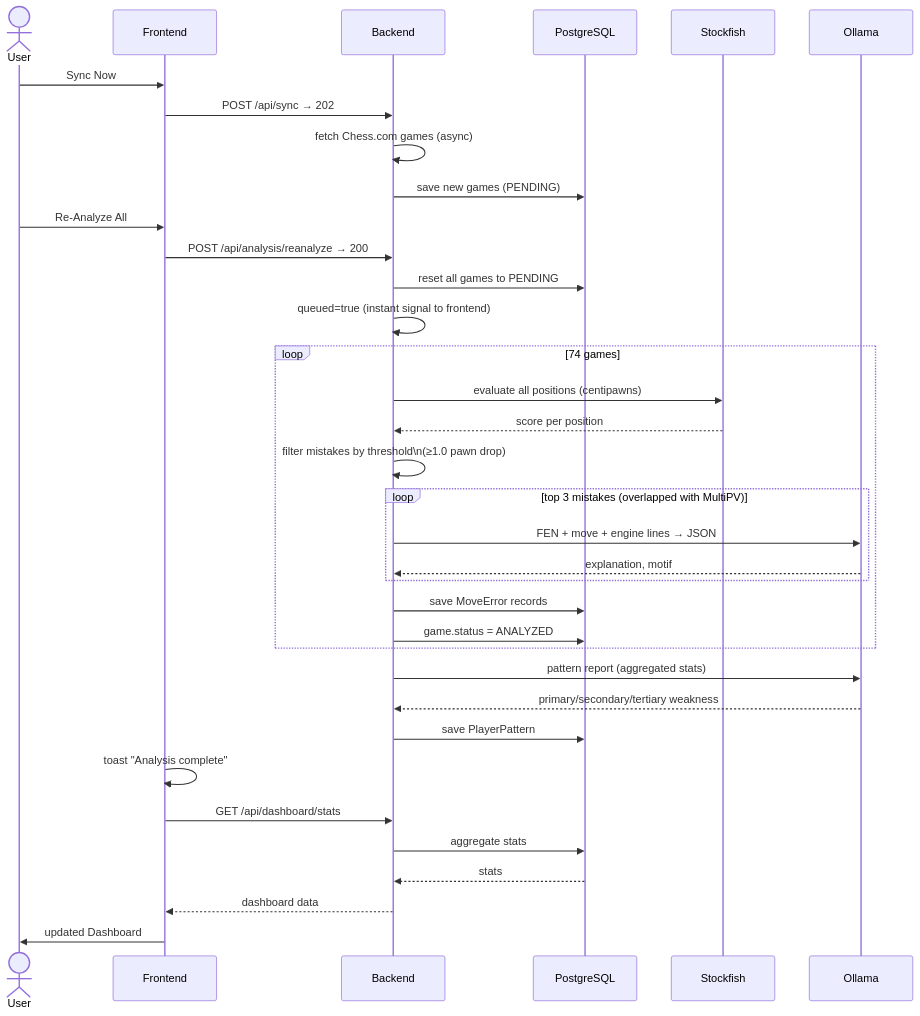
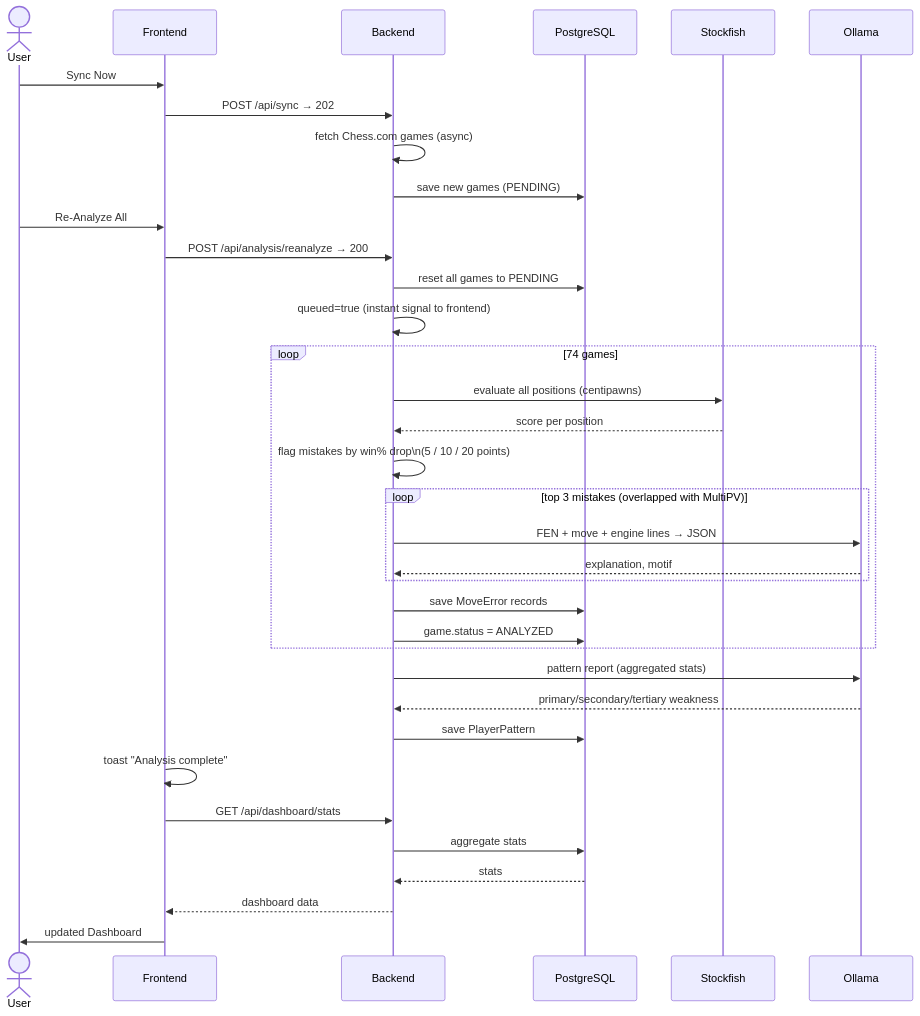
One commit to Praxis-Chess/Praxis-Chess changed diagram 15 of 16 in ARCHITECTURE.md. Above: the diagram before and after it, drawn with Mermaid. The commit also changed other lines of this file and 1 other file, not shown here.

Commit message:
README, ARCHITECTURE: match the code (win% flagging, verified diagnosis, 12 tools, Java 21+, test counts, local by default)

````diff
--- a/ARCHITECTURE.md
+++ b/ARCHITECTURE.md
@@ -1998,42 +2026,42 @@
 ```mermaid
 sequenceDiagram
     actor User
     participant FE as Frontend
     participant BE as Backend
     participant DB as PostgreSQL
     participant SF as Stockfish
     participant OL as Ollama
 
     User->>FE: Sync Now
     FE->>BE: POST /api/sync → 202
     BE->>BE: fetch Chess.com games (async)
     BE->>DB: save new games (PENDING)
 
     User->>FE: Re-Analyze All
     FE->>BE: POST /api/analysis/reanalyze → 200
     BE->>DB: reset all games to PENDING
     BE->>BE: queued=true (instant signal to frontend)
 
     loop 74 games
         BE->>SF: evaluate all positions (centipawns)
         SF-->>BE: score per position
-        BE->>BE: filter mistakes by threshold\n(≥1.0 pawn drop)
+        BE->>BE: flag mistakes by win% drop\n(5 / 10 / 20 points)
         loop top 3 mistakes (overlapped with MultiPV)
             BE->>OL: FEN + move + engine lines → JSON
             OL-->>BE: explanation, motif
         end
         BE->>DB: save MoveError records
         BE->>DB: game.status = ANALYZED
     end
 
     BE->>OL: pattern report (aggregated stats)
     OL-->>BE: primary/secondary/tertiary weakness
     BE->>DB: save PlayerPattern
 
     FE->>FE: toast "Analysis complete"
     FE->>BE: GET /api/dashboard/stats
     BE->>DB: aggregate stats
     DB-->>BE: stats
     BE-->>FE: dashboard data
     FE->>User: updated Dashboard
 ```
````
